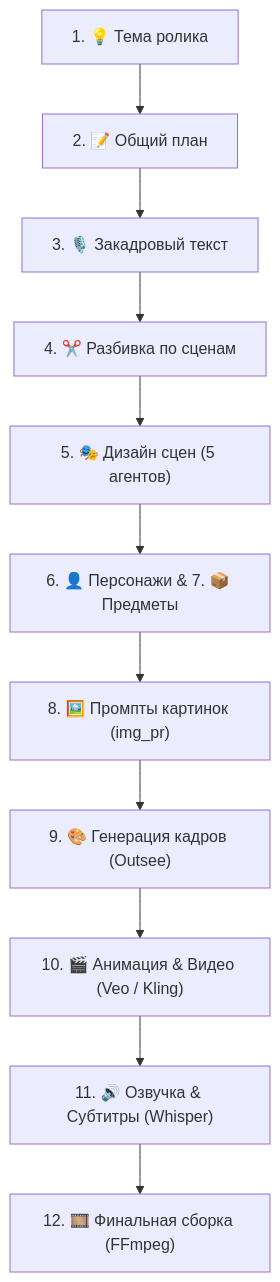
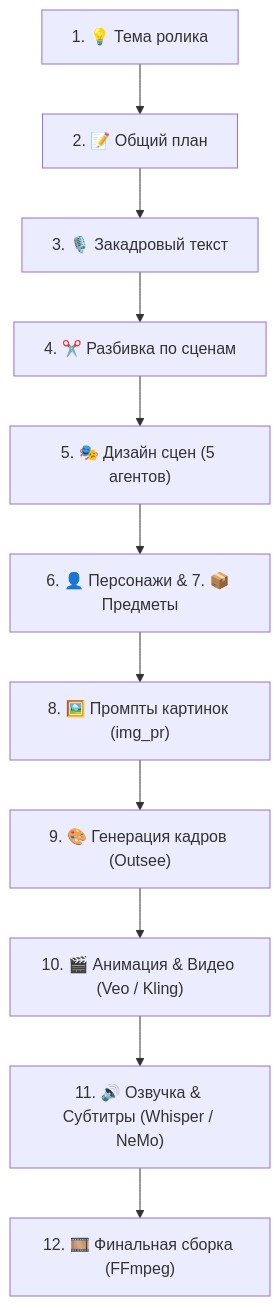
Before and after one commit to rohos228-spec/video-pipeline: the diagram in README.md, drawn with Mermaid. The commit also changed other lines of this file and 1 other file, not shown here.

````diff
--- a/README.md
+++ b/README.md
@@ -31,13 +31,13 @@
 ```mermaid
 flowchart TD
     A["1. 💡 Тема ролика"] --> B["2. 📝 Общий план"]
     B --> C["3. 🎙️ Закадровый текст"]
     C --> D["4. ✂️ Разбивка по сценам"]
     D --> E["5. 🎭 Дизайн сцен (5 агентов)"]
     E --> F["6. 👤 Персонажи & 7. 📦 Предметы"]
     F --> G["8. 🖼️ Промпты картинок (img_pr)"]
     G --> H["9. 🎨 Генерация кадров (Outsee)"]
     H --> I["10. 🎬 Анимация & Видео (Veo / Kling)"]
-    I --> J["11. 🔊 Озвучка & Субтитры (Whisper)"]
+    I --> J["11. 🔊 Озвучка & Субтитры (Whisper / NeMo)"]
     J --> K["12. 🎞️ Финальная сборка (FFmpeg)"]
 ```
````
